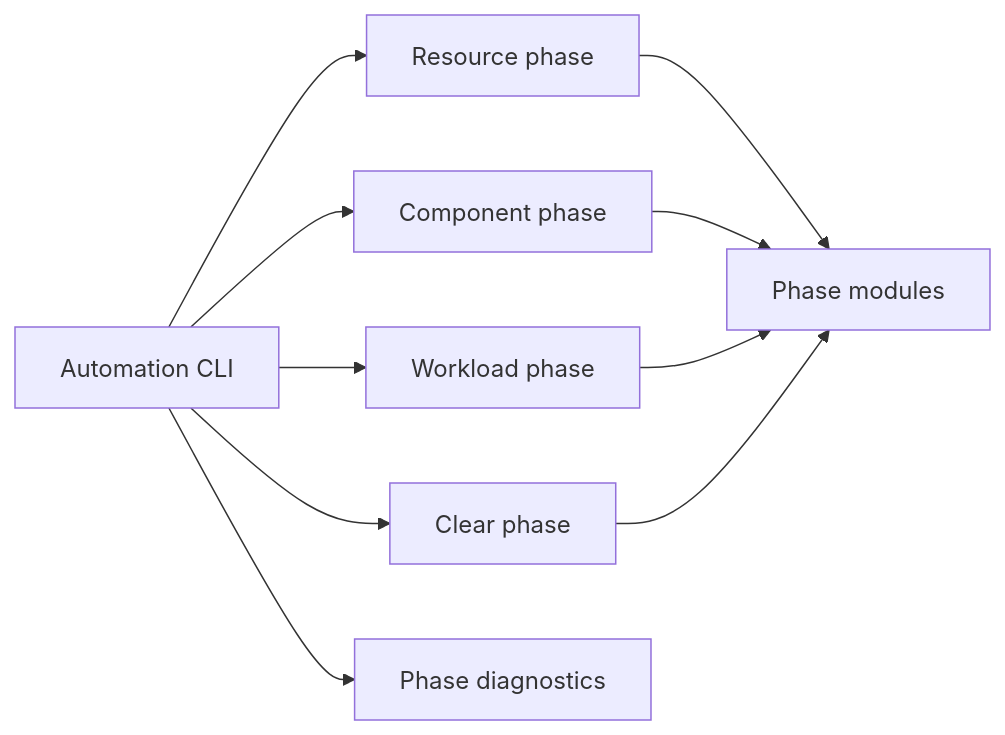
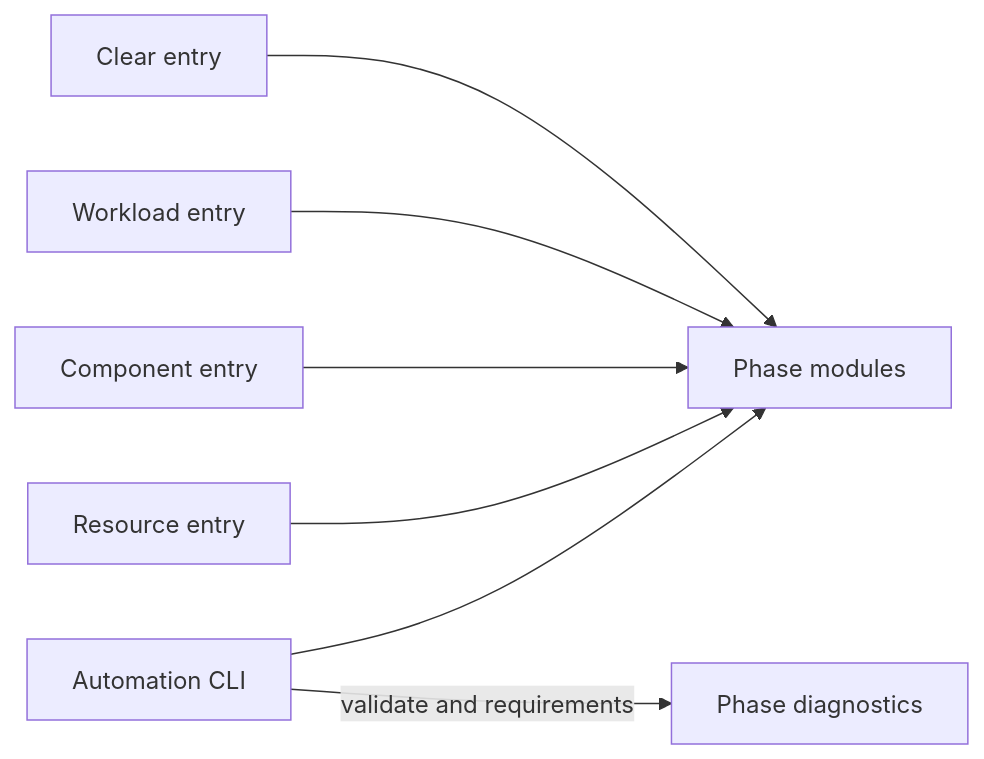
One commit to alissonsol/yuruna changed the second of 7 diagrams in docs/design/02-component-breakdown.md. Above: the diagram before and after it, drawn with Mermaid. The commit also changed other lines of this file and 849 other files, not shown here.

````diff
--- a/docs/design/02-component-breakdown.md
+++ b/docs/design/02-component-breakdown.md
@@ -30,12 +32,14 @@
 ```mermaid
 flowchart LR
-  automation-cli["Automation CLI"] --> resource-phase["Resource phase"]
-  automation-cli --> component-phase["Component phase"]
-  automation-cli --> workload-phase["Workload phase"]
-  automation-cli --> clear-phase["Clear phase"]
-  resource-phase --> phase-modules["Phase modules"]
+  automation-cli["Automation CLI"]
+  resource-phase["Resource entry"]
+  component-phase["Component entry"]
+  workload-phase["Workload entry"]
+  clear-phase["Clear entry"]
+  automation-cli --> phase-modules["Phase modules"]
+  resource-phase --> phase-modules
   component-phase --> phase-modules
   workload-phase --> phase-modules
   clear-phase --> phase-modules
-  automation-cli --> phase-diagnostics["Phase diagnostics"]
+  automation-cli -->|"validate and requirements"| phase-diagnostics["Phase diagnostics"]
 ```
````
